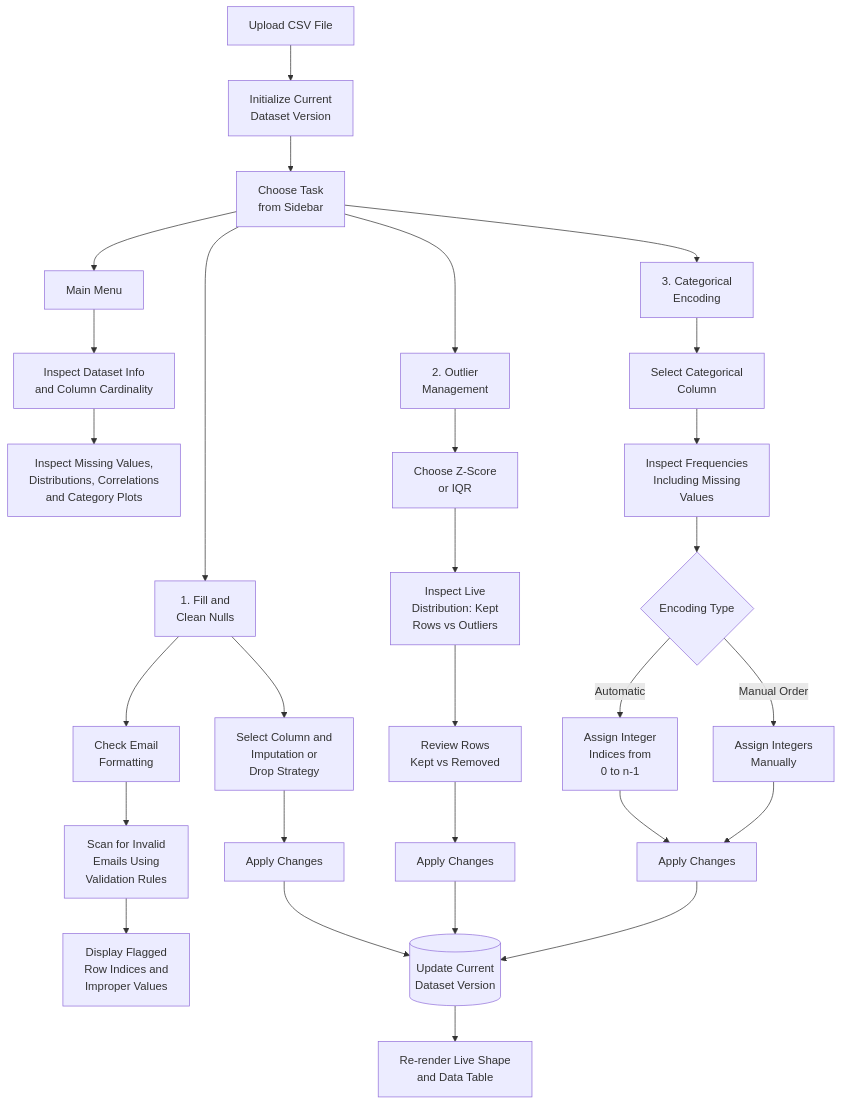
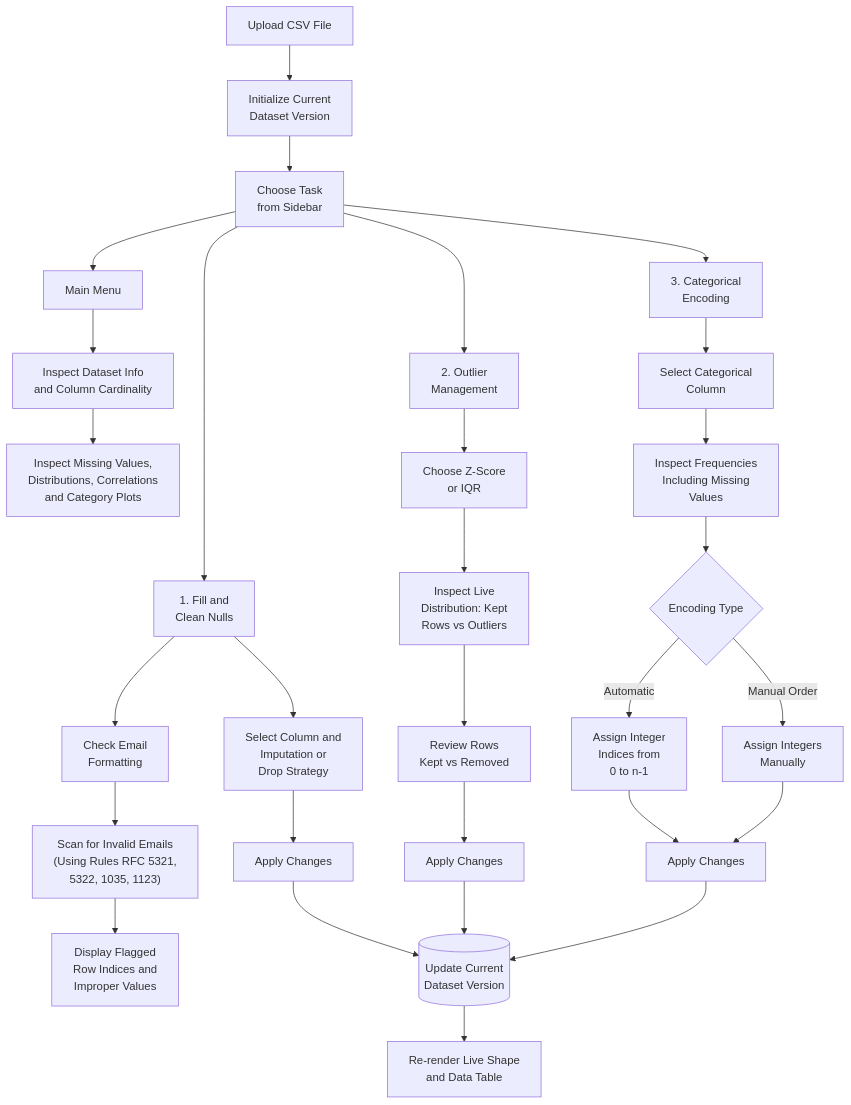
The second of 2 diagrams in README.md (aniketbhopale/DataLave), drawn with Mermaid before and after one commit.

Commit message:
updated flow

````diff
--- a/README.md
+++ b/README.md
@@ -71,40 +71,40 @@
 ```mermaid
 
 flowchart TD
     A["Upload CSV File"] --> B["Initialize Current<br/>Dataset Version"]
     B --> C["Choose Task<br/>from Sidebar"]
 
     C --> D["Main Menu"]
     C --> E["1. Fill and<br/>Clean Nulls"]
     C --> F["2. Outlier<br/>Management"]
     C --> G["3. Categorical<br/>Encoding"]
 
     D --> D1["Inspect Dataset Info<br/>and Column Cardinality"]
     D1 --> D2["Inspect Missing Values,<br/>Distributions, Correlations<br/>and Category Plots"]
 
     E --> E1["Select Column and<br/>Imputation or<br/>Drop Strategy"]
     E1 --> E2["Apply Changes"]
 
     E --> E3["Check Email<br/>Formatting"]
-    E3 --> E4["Scan for Invalid<br/>Emails Using<br/>Validation Rules"]
+    E3 --> E4["Scan for Invalid Emails<br/>(Using Rules RFC 5321,<br/>5322, 1035, 1123)"]
     E4 --> E5["Display Flagged<br/>Row Indices and<br/>Improper Values"]
 
     F --> F1["Choose Z-Score<br/>or IQR"]
     F1 --> F2["Inspect Live<br/>Distribution: Kept<br/>Rows vs Outliers"]
     F2 --> F3["Review Rows<br/>Kept vs Removed"]
     F3 --> F4["Apply Changes"]
 
     G --> G1["Select Categorical<br/>Column"]
     G1 --> G2["Inspect Frequencies<br/>Including Missing<br/>Values"]
     G2 --> G3{"Encoding Type"}
     G3 -->|Automatic| G4["Assign Integer<br/>Indices from<br/>0 to n-1"]
     G3 -->|Manual Order| G5["Assign Integers<br/>Manually"]
     G4 --> G6["Apply Changes"]
     G5 --> G6
 
     E2 --> H[("Update Current<br/>Dataset Version")]
     F4 --> H
     G6 --> H
     H --> I["Re-render Live Shape<br/>and Data Table"]
 
 ```
````
